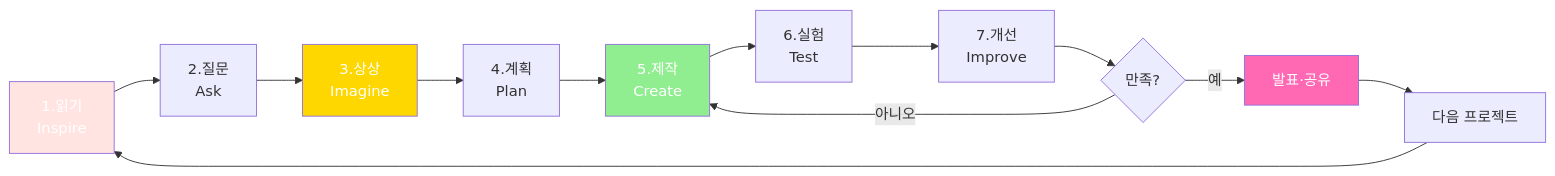
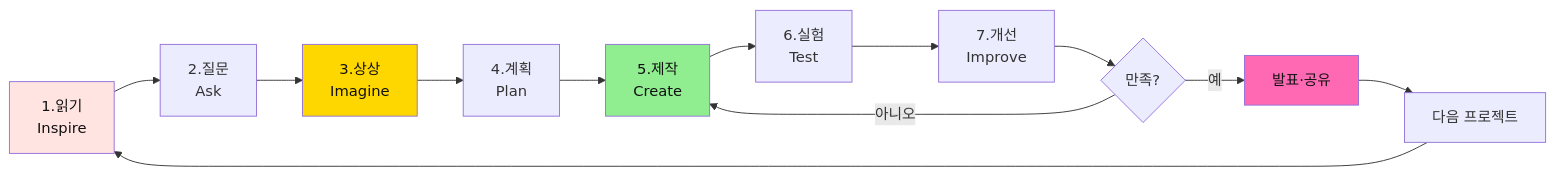
Diagram 25 of 35 in 3단계_프뢰벨_FAQ_핵심가치.md (Collegenie-X/froebel), drawn with Mermaid before and after one commit. The commit also changed other lines of this file and 5 other files, not shown here.

````diff
--- a/3단계_프뢰벨_FAQ_핵심가치.md
+++ b/3단계_프뢰벨_FAQ_핵심가치.md
@@ -1413,20 +1393,20 @@
 ```mermaid
 graph LR
     A[1.읽기<br/>Inspire] --> B[2.질문<br/>Ask]
     B --> C[3.상상<br/>Imagine]
     C --> D[4.계획<br/>Plan]
     D --> E[5.제작<br/>Create]
     E --> F[6.실험<br/>Test]
     F --> G[7.개선<br/>Improve]
     
     G --> H{만족?}
     H -->|아니오| E
     H -->|예| I[발표·공유]
     I --> J[다음 프로젝트]
     J --> A
     
-    style A fill:#FFE4E1,color:#fff
-    style C fill:#FFD700,color:#fff
-    style E fill:#90EE90,color:#fff
-    style I fill:#FF69B4,color:#fff
+    style A fill:#FFE4E1,color:#111
+    style C fill:#FFD700,color:#111
+    style E fill:#90EE90,color:#111
+    style I fill:#FF69B4,color:#111
 ```
````
